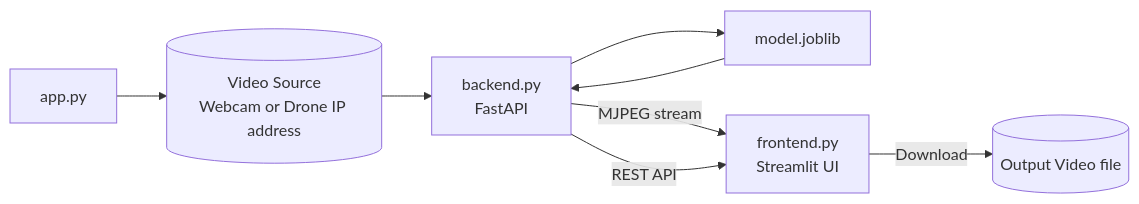
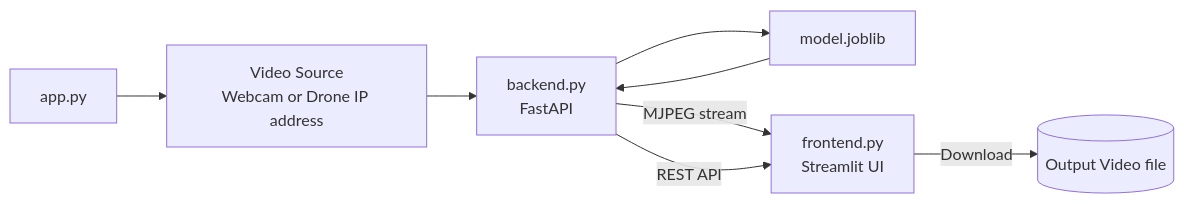
The diagram in README.md (mohitk24/ev-warranty-us-dataset), drawn with Mermaid before and after one commit.

Commit message:
Fix formatting issues in README.md

````diff
--- a/README.md
+++ b/README.md
@@ -34,10 +34,10 @@
 ```mermaid
 flowchart LR
-    A[("Video Source\nWebcam or Drone IP address")] --> B["backend.py\nFastAPI"]
+    A["Video Source\nWebcam or Drone IP address"] --> B["backend.py\nFastAPI"]
     B --> C["model.joblib"]
     C --> B
     B -->|MJPEG stream| D["frontend.py\nStreamlit UI"]
     B -->|REST API| D
     D -->|Download| E[("Output Video file")]
     F["app.py"] --> A
 ```
````
